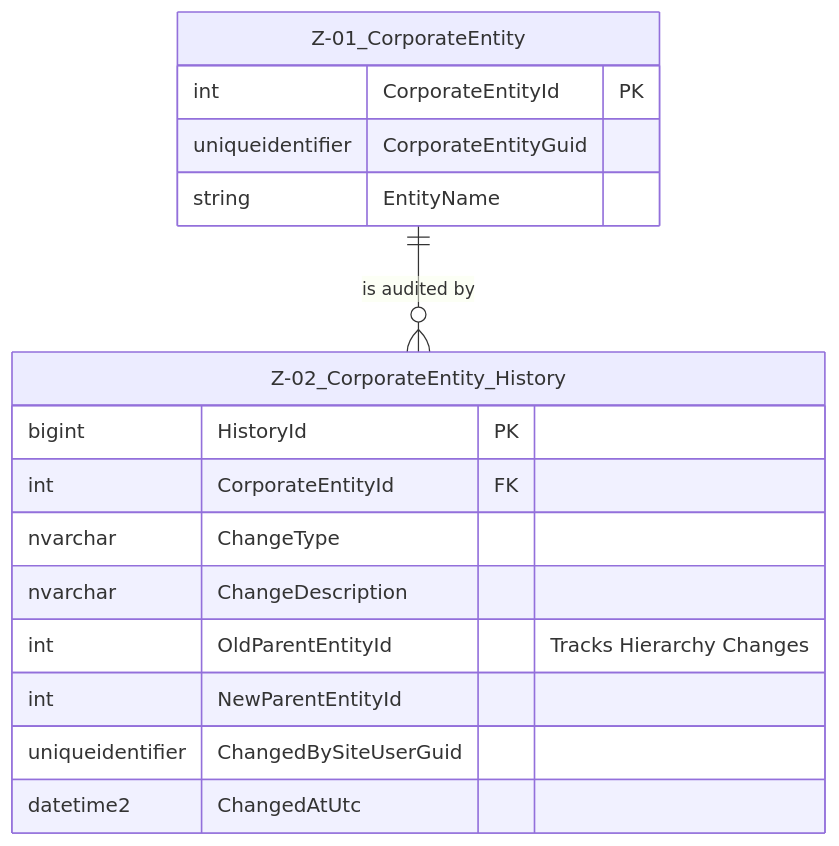
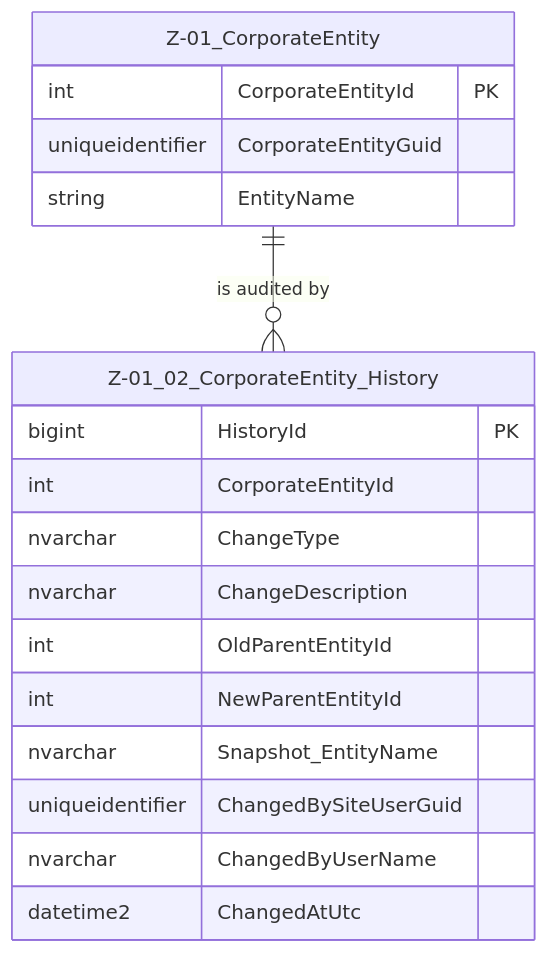
The diagram in 100 DATA MODELLING/Z- Data Entites/Corporate Domain/Z-01.02 Corporate_Entity_(History).md (NeilWP/SUSTINA_CAB), drawn with Mermaid before and after one commit. The commit also changed other lines of this file and 2 other files, not shown here.

Commit message:
Updating ERD for  Corporate Entity and Corp Entity History

````diff
--- a/100 DATA MODELLING/Z- Data Entites/Corporate Domain/Z-01.02 Corporate_Entity_(History).md
+++ b/100 DATA MODELLING/Z- Data Entites/Corporate Domain/Z-01.02 Corporate_Entity_(History).md
@@ -9,28 +40,31 @@
 ```mermaid
 erDiagram
+
     %% =======================================================
-    %% 1. THE MAIN ENTITY (The Object Being Audited)
+    %% MAIN ENTITY (Being Audited)
     %% =======================================================
     Z-01_CorporateEntity {
         int CorporateEntityId PK
         uniqueidentifier CorporateEntityGuid
         string EntityName
     }
 
     %% =======================================================
-    %% 2. THE HISTORY LOG (The Audit Trail)
+    %% AUDIT HISTORY LOG
     %% =======================================================
-    Z-02_CorporateEntity_History {
+    Z-01_02_CorporateEntity_History {
         bigint HistoryId PK
-        int CorporateEntityId FK
+        int CorporateEntityId
         nvarchar ChangeType
         nvarchar ChangeDescription
-        int OldParentEntityId "Tracks Hierarchy Changes"
+        int OldParentEntityId
         int NewParentEntityId
+        nvarchar Snapshot_EntityName
         uniqueidentifier ChangedBySiteUserGuid
+        nvarchar ChangedByUserName
         datetime2 ChangedAtUtc
     }
 
-    %% RELATIONSHIP: One Entity has many History Records (Logical Link)
-    Z-01_CorporateEntity ||--o{ Z-02_CorporateEntity_History : "is audited by"
+    %% LOGICAL RELATIONSHIP
+    Z-01_CorporateEntity ||--o{ Z-01_02_CorporateEntity_History : "is audited by"
 ```
````
